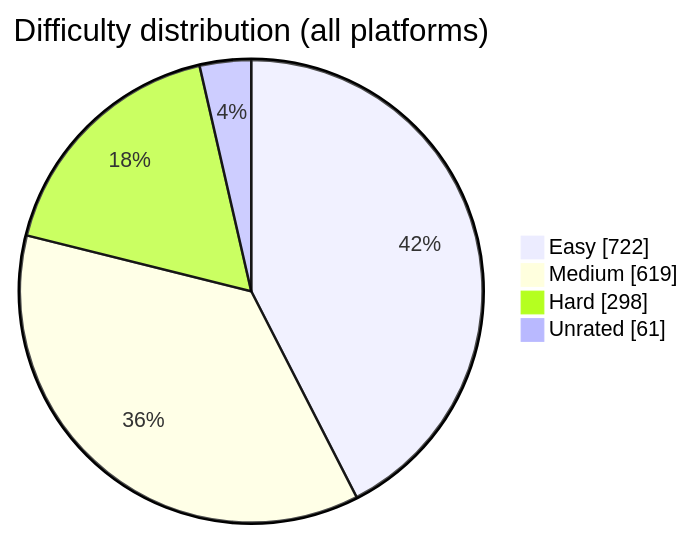
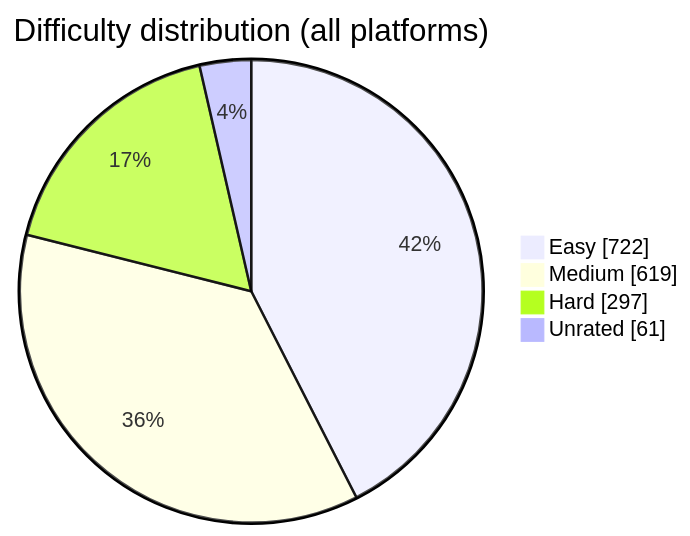
One commit to BuildbyArindam/Daily-Coding-Log changed the diagram in README.md. Above: the diagram before and after it, drawn with Mermaid. The commit also changed other lines of this file, not shown here.

````diff
--- a/README.md
+++ b/README.md
@@ -93,7 +93,7 @@
 ```mermaid
 pie showData title Difficulty distribution (all platforms)
     "Easy" : 722
     "Medium" : 619
-    "Hard" : 298
+    "Hard" : 297
     "Unrated" : 61
 ```
````
